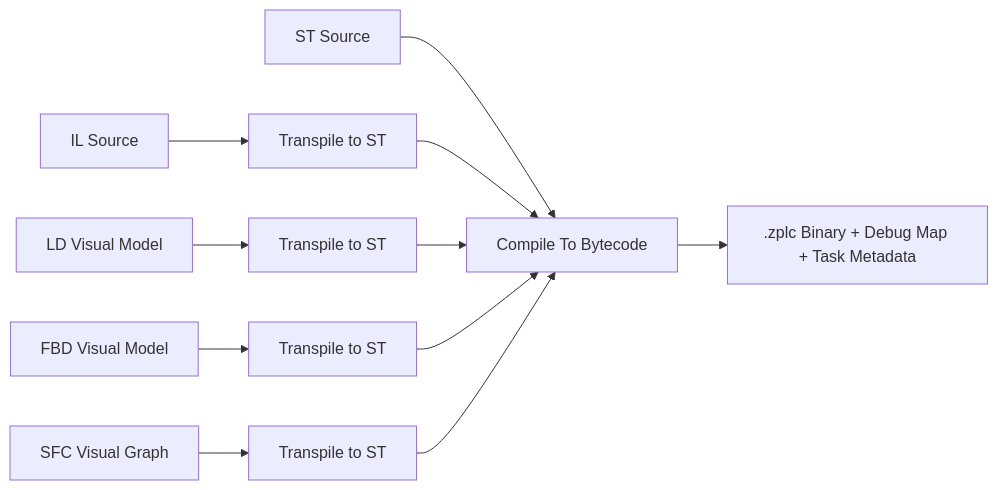
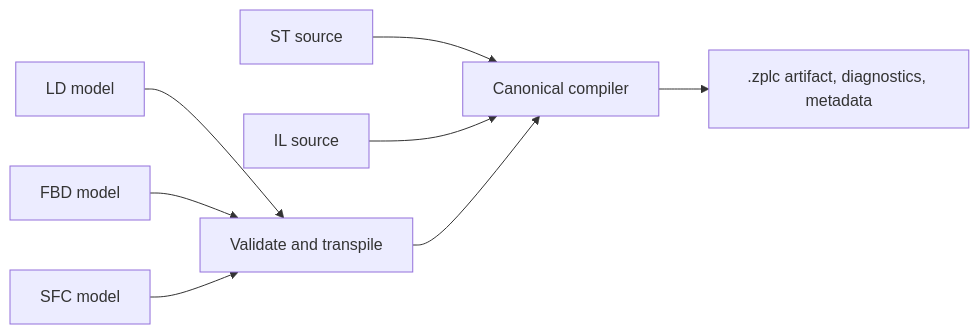
One commit to eduardojvieira/ZPLC changed the diagram in docs/docs/ide/compiler.md. Above: the diagram before and after it, drawn with Mermaid. The commit also changed other lines of this file and 63 other files, not shown here.

````diff
--- a/docs/docs/ide/compiler.md
+++ b/docs/docs/ide/compiler.md
@@ -9,15 +14,10 @@
 ```mermaid
 flowchart LR
-  ST[ST Source] --> Core[Compile To Bytecode]
-  IL[IL Source] --> ILToST[Transpile to ST]
-  LD[LD Visual Model] --> LDToST[Transpile to ST]
-  FBD[FBD Visual Model] --> FBDToST[Transpile to ST]
-  SFC[SFC Visual Graph] --> SFCToST[Transpile to ST]
-
-  ILToST --> Core
-  LDToST --> Core
-  FBDToST --> Core
-  SFCToST --> Core
-
-  Core --> ZPLC[.zplc Binary + Debug Map + Task Metadata]
+  ST[ST source] --> Compile[Canonical compiler]
+  IL[IL source] --> Compile
+  LD[LD model] --> Transpile[Validate and transpile]
+  FBD[FBD model] --> Transpile
+  SFC[SFC model] --> Transpile
+  Transpile --> Compile
+  Compile --> Artifact[.zplc artifact, diagnostics, metadata]
 ```
````
